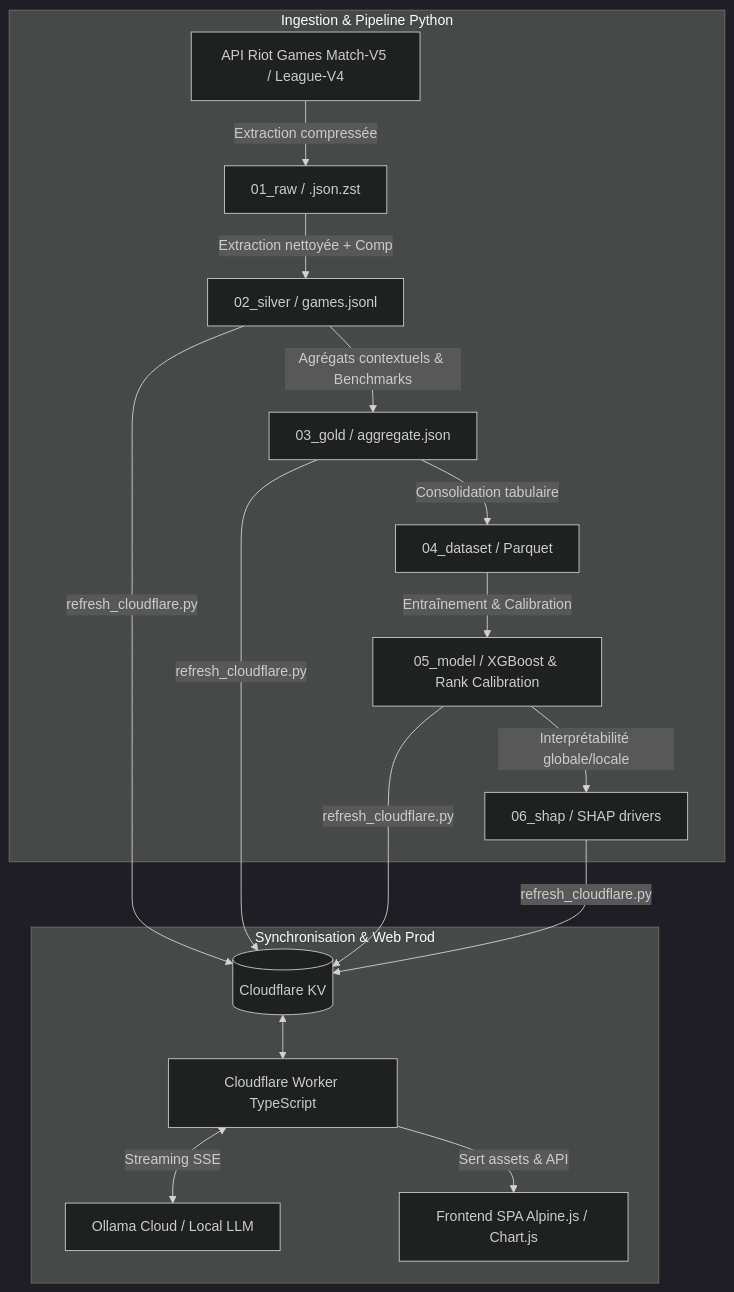
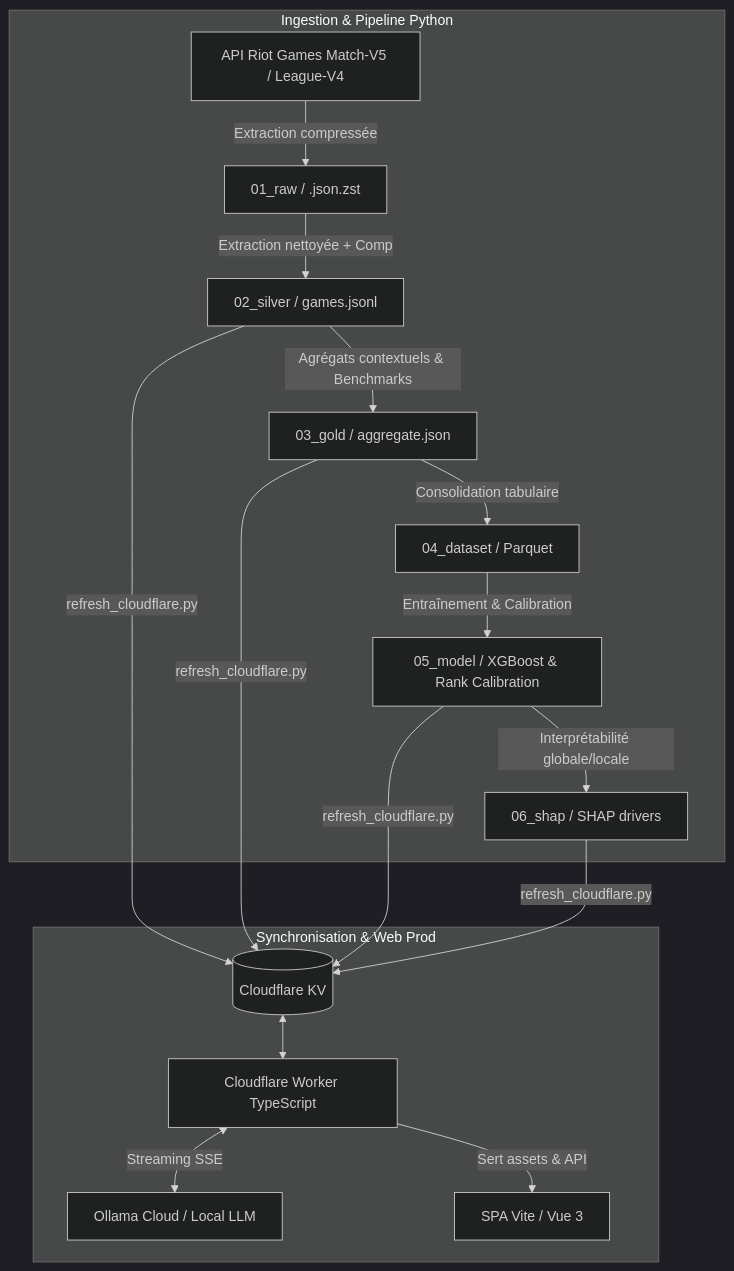
Before and after one commit to JeanVG23/riftsense: the diagram in README.md, drawn with Mermaid (dark theme). The commit also changed other lines of this file and 63 other files, not shown here.

````diff
--- a/README.md
+++ b/README.md
@@ -63,18 +63,18 @@
 ```mermaid
 flowchart TD
     subgraph Ingestion & Pipeline Python
         API[API Riot Games Match-V5 / League-V4] -->|Extraction compressée| R01[01_raw / .json.zst]
         R01 -->|Extraction nettoyée + Comp| S02[02_silver / games.jsonl]
         S02 -->|Agrégats contextuels & Benchmarks| G03[03_gold / aggregate.json]
         G03 -->|Consolidation tabulaire| D04[04_dataset / Parquet]
         D04 -->|Entraînement & Calibration| M05[05_model / XGBoost & Rank Calibration]
         M05 -->|Interprétabilité globale/locale| SH06[06_shap / SHAP drivers]
     end
 
     subgraph Synchronisation & Web Prod
         S02 & G03 & M05 & SH06 -->|refresh_cloudflare.py| KV[(Cloudflare KV)]
         KV <--> CFW[Cloudflare Worker TypeScript]
         CFW <-->|Streaming SSE| OLLAMA[Ollama Cloud / Local LLM]
-        CFW -->|Sert assets & API| WEB[Frontend SPA Alpine.js / Chart.js]
+        CFW -->|Sert assets & API| WEB[SPA Vite / Vue 3]
     end
 ```
````
